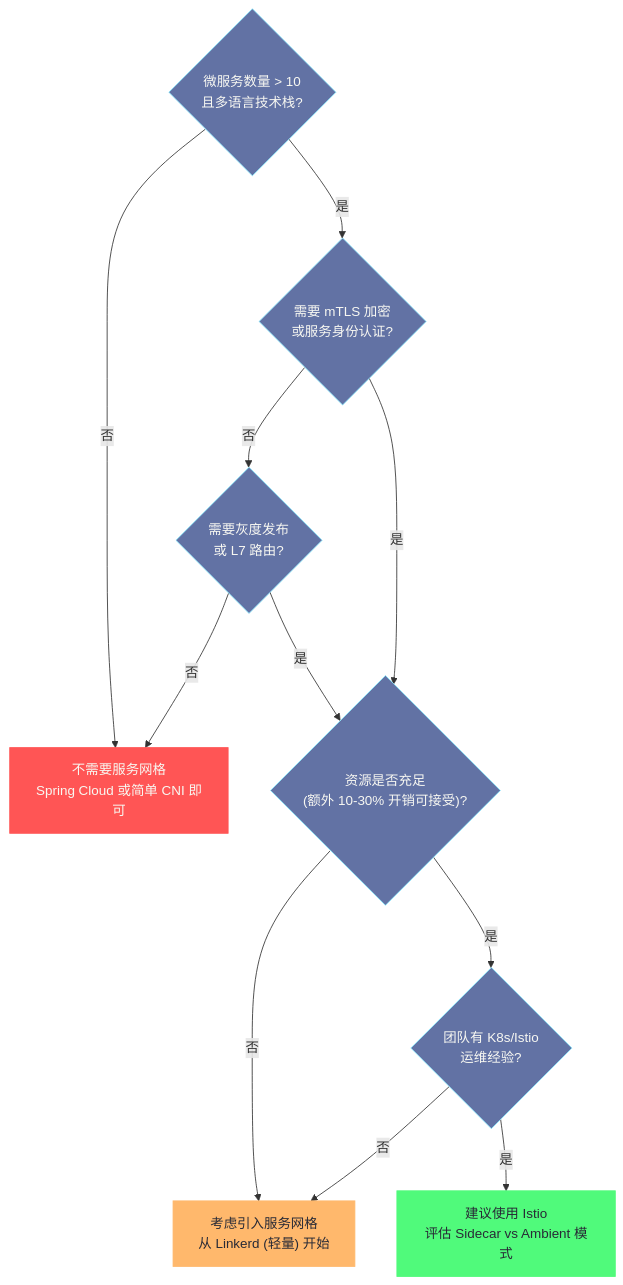
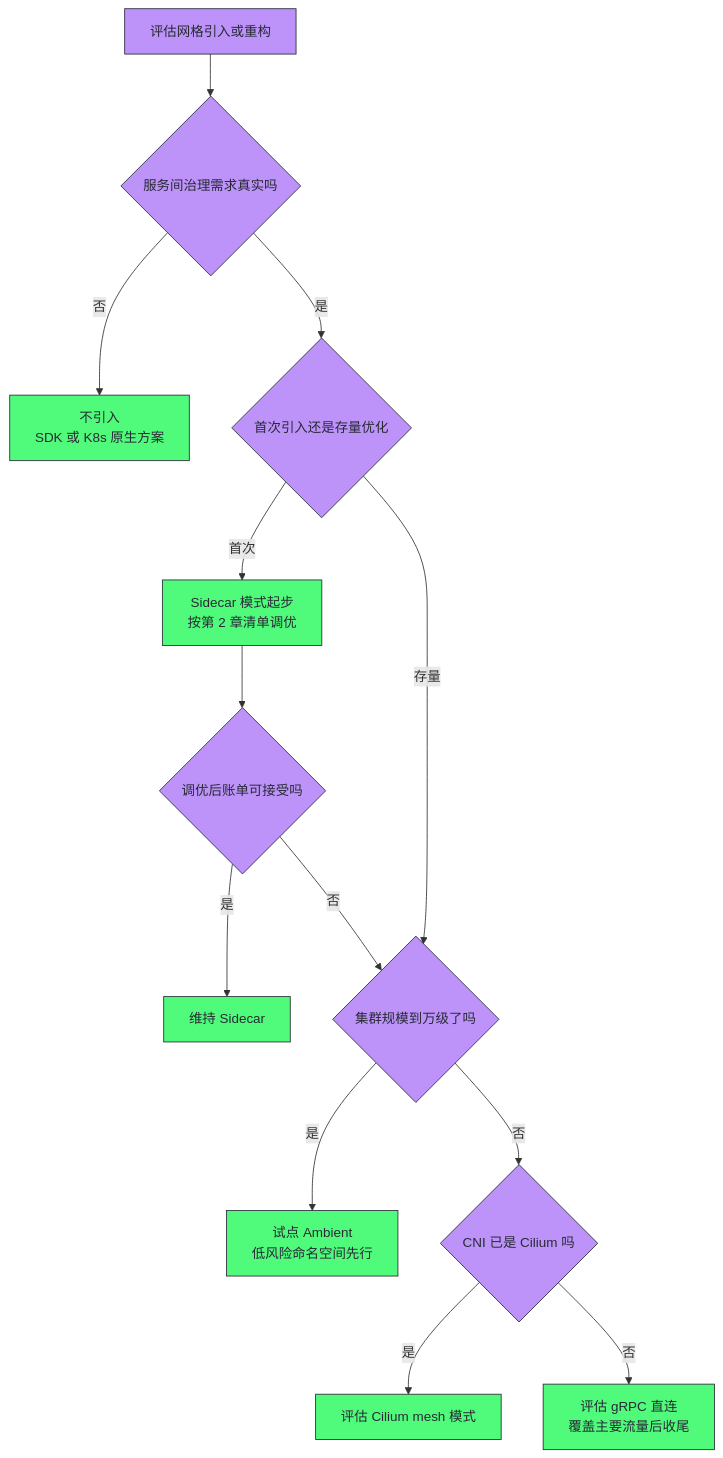
Before and after one commit to hpliStartAgain/my-brain: the second of 2 diagrams in content/云原生/服务网格/07 服务网格的性能开销与Ambient Mesh.md, drawn with Mermaid. The commit also changed other lines of this file and 47 other files, not shown here.

````diff
--- a/content/云原生/服务网格/07 服务网格的性能开销与Ambient Mesh.md
+++ b/content/云原生/服务网格/07 服务网格的性能开销与Ambient Mesh.md
@@ -324,34 +377,22 @@
 ```mermaid
 %%{init: {'theme': 'dracula'}}%%
-graph TD
-    classDef question fill:#6272a4,stroke:#8be9fd,color:#f8f8f2
-    classDef yes fill:#50fa7b,stroke:#50fa7b,color:#282a36
-    classDef no fill:#ff5555,stroke:#ff5555,color:#f8f8f2
-    classDef maybe fill:#ffb86c,stroke:#ffb86c,color:#282a36
+flowchart TD
+    A["评估网格引入或重构"] --> B{"服务间治理需求真实吗"}
+    B -->|"否"| C["不引入<br/>SDK 或 K8s 原生方案"]
+    B -->|"是"| D{"首次引入还是存量优化"}
+    D -->|"首次"| E["Sidecar 模式起步<br/>按第 2 章清单调优"]
+    E --> F{"调优后账单可接受吗"}
+    F -->|"是"| G["维持 Sidecar"]
+    F -->|"否"| H{"集群规模到万级了吗"}
+    D -->|"存量"| H
+    H -->|"是"| I["试点 Ambient<br/>低风险命名空间先行"]
+    H -->|"否"| J{"CNI 已是 Cilium 吗"}
+    J -->|"是"| K["评估 Cilium mesh 模式"]
+    J -->|"否"| L["评估 gRPC 直连<br/>覆盖主要流量后收尾"]
 
-    Q1{"微服务数量 > 10\n且多语言技术栈?"}
-    Q2{"需要 mTLS 加密\n或服务身份认证?"}
-    Q3{"需要灰度发布\n或 L7 路由?"}
-    Q4{"资源是否充足\n(额外 10-30% 开销可接受)?"}
-    Q5{"团队有 K8s/Istio\n运维经验?"}
-
-    NoMesh["不需要服务网格\nSpring Cloud 或简单 CNI 即可"]
-    ConsiderMesh["考虑引入服务网格\n从 Linkerd (轻量) 开始"]
-    UseMesh["建议使用 Istio\n评估 Sidecar vs Ambient 模式"]
-
-    Q1 -->|"否"| NoMesh
-    Q1 -->|"是"| Q2
-    Q2 -->|"否"| Q3
-    Q2 -->|"是"| Q4
-    Q3 -->|"否"| NoMesh
-    Q3 -->|"是"| Q4
-    Q4 -->|"否"| ConsiderMesh
-    Q4 -->|"是"| Q5
-    Q5 -->|"否"| ConsiderMesh
-    Q5 -->|"是"| UseMesh
-
-    class Q1,Q2,Q3,Q4,Q5 question
-    class UseMesh yes
-    class NoMesh no
-    class ConsiderMesh maybe
+    classDef start fill:#f1fa8c,stroke:#282a36,color:#282a36
+    classDef judge fill:#bd93f9,stroke:#282a36,color:#282a36
+    classDef act fill:#50fa7b,stroke:#282a36,color:#282a36
+    class A,B,D,F,H,J judge
+    class C,E,G,I,K,L act
 ```
````
